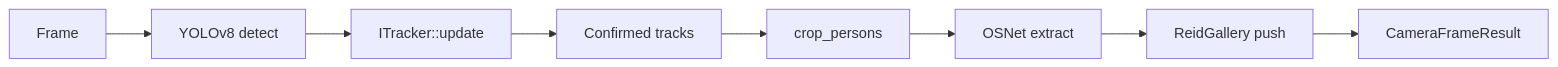
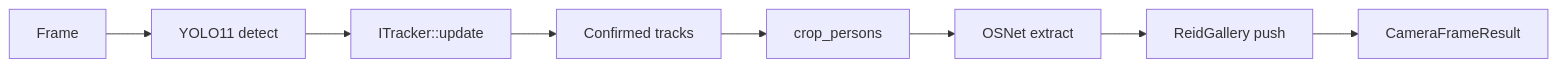
The first of 2 diagrams in docs/architecture.md (Abdirayimov/multi-camera-person-tracking), drawn with Mermaid before and after one commit. The commit also changed other lines of this file and 15 other files, not shown here.

````diff
--- a/docs/architecture.md
+++ b/docs/architecture.md
@@ -11,10 +11,10 @@
 ```mermaid
 flowchart LR
-    Frame --> Det[YOLOv8 detect]
+    Frame --> Det[YOLO11 detect]
     Det --> Trk[ITracker::update]
     Trk --> Confirmed[Confirmed tracks]
     Confirmed --> Crops[crop_persons]
     Crops --> ReID[OSNet extract]
     ReID --> Gallery[ReidGallery push]
     Gallery --> Result[CameraFrameResult]
 ```
````
